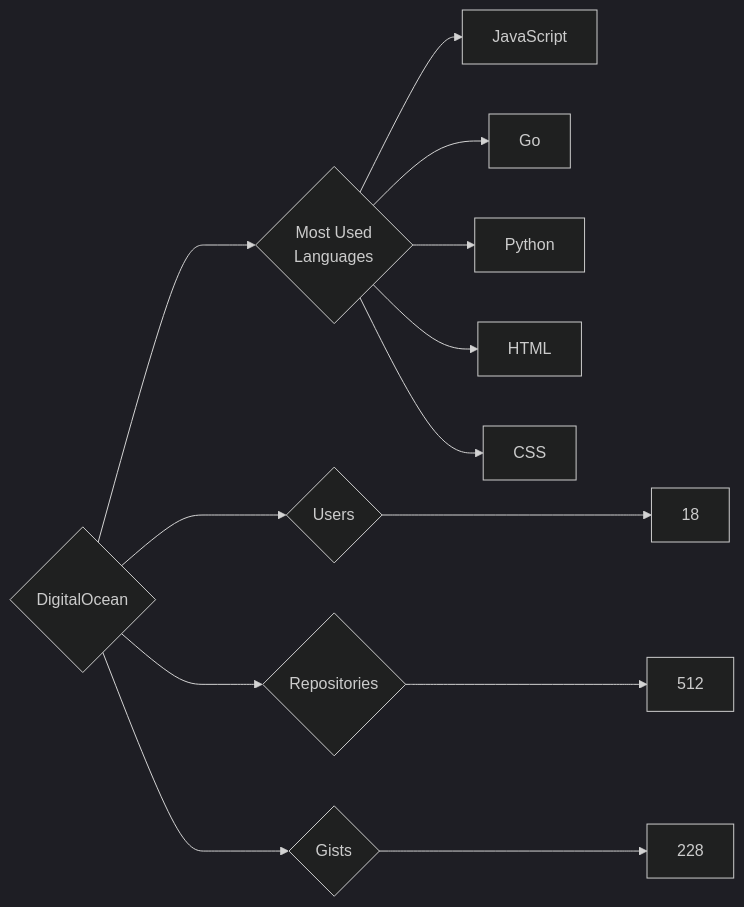
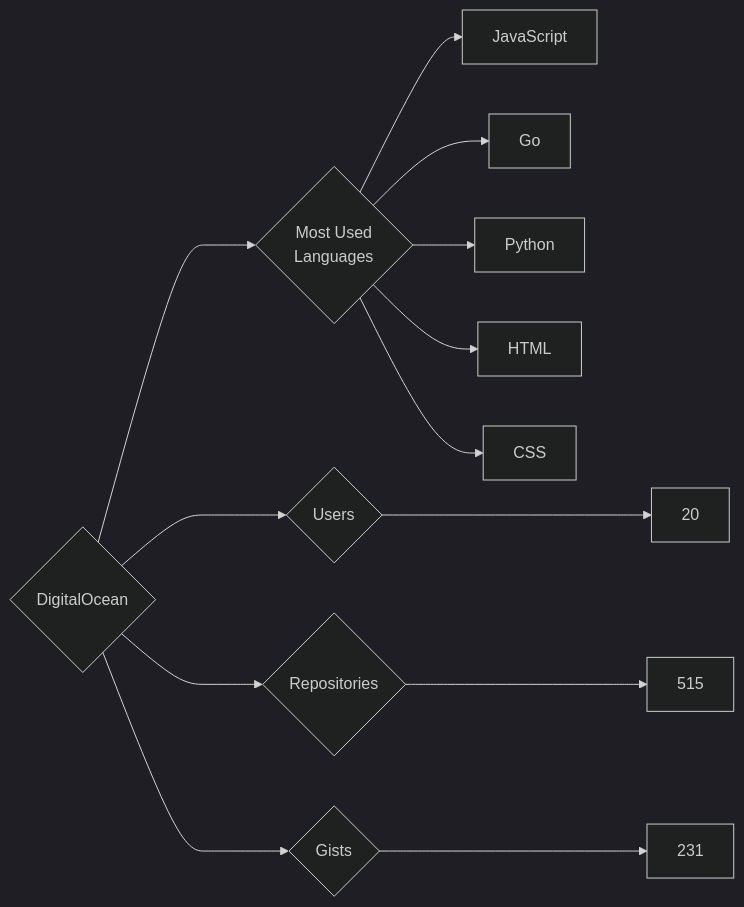
Before and after one commit to trickest/insiders: the diagram in targets/DigitalOcean/README.md, drawn with Mermaid (dark theme). The commit also changed 681 other files, not shown here.

````diff
--- a/targets/DigitalOcean/README.md
+++ b/targets/DigitalOcean/README.md
@@ -3,13 +3,13 @@
 ```mermaid
 graph LR
 COMPANY_NAME{DigitalOcean}
-COMPANY_NAME ---> U{Users} ---> UN[18]
-COMPANY_NAME ---> R{Repositories} ---> RN[512]
-COMPANY_NAME ---> G{Gists} ---> GN[228]
+COMPANY_NAME ---> U{Users} ---> UN[20]
+COMPANY_NAME ---> R{Repositories} ---> RN[515]
+COMPANY_NAME ---> G{Gists} ---> GN[231]
 COMPANY_NAME ---> ML{Most Used<br>Languages}
 ML --> JavaScript[JavaScript]
 ML --> Go[Go]
 ML --> Python[Python]
 ML --> HTML[HTML]
 ML --> CSS[CSS]
 ```
````
